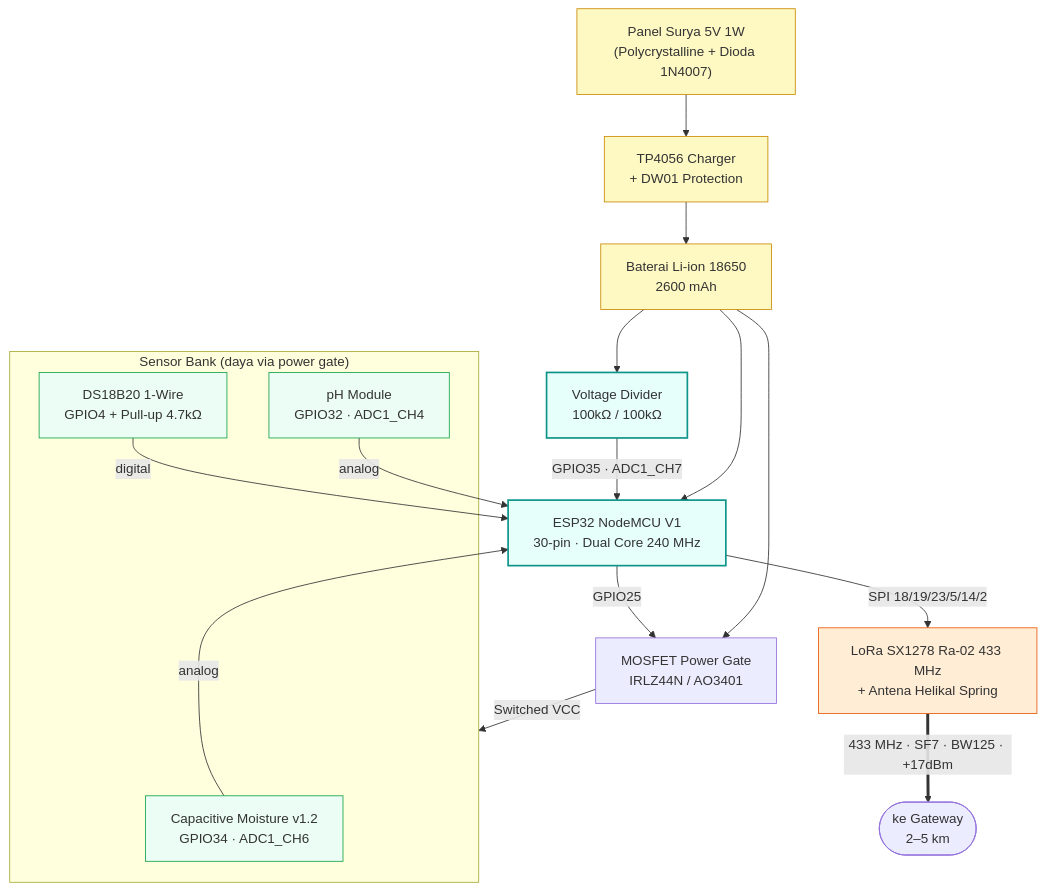
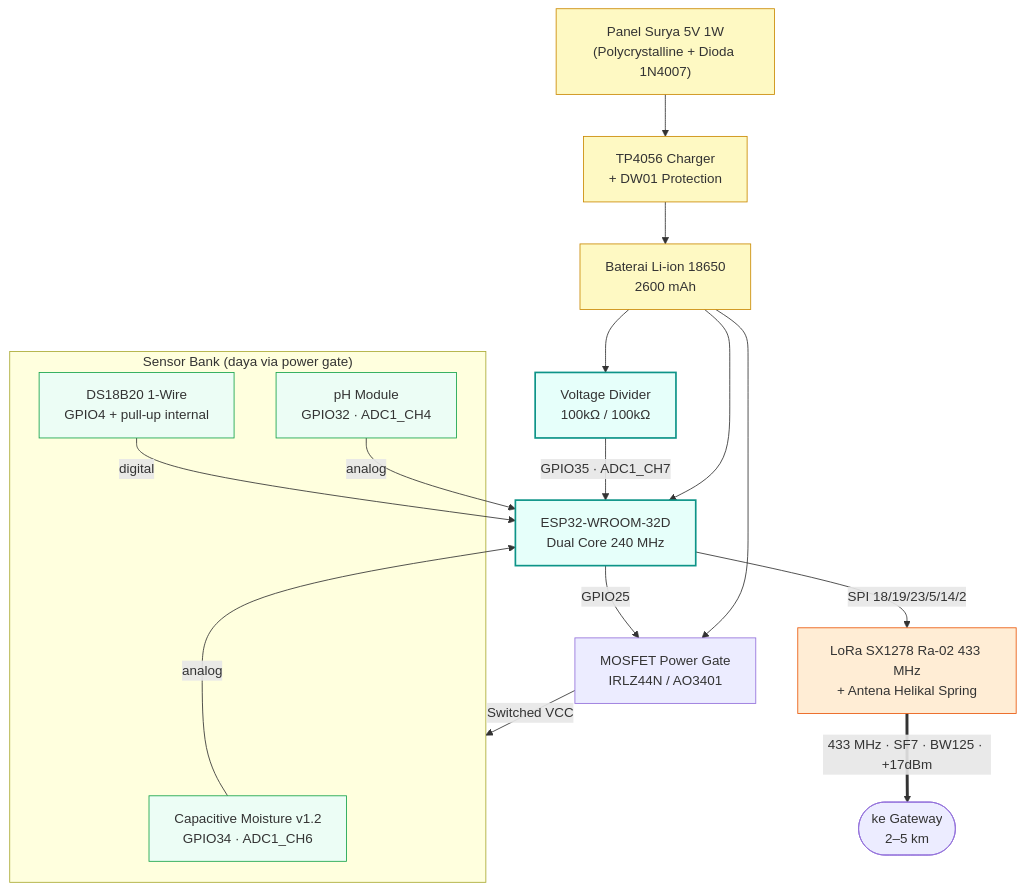
One commit to syifamojocanggih-hash/VolatiSafe-AIoT changed the eighth of 16 diagrams in docs/hardware/ARCHITECTURE_IOT.md. Above: the diagram before and after it, drawn with Mermaid. The commit also changed other lines of this file and 14 other files, not shown here.

First line of the commit message:
docs(iot): update hardware spec for ESP32-WROOM-32D and micro SD

````diff
--- a/docs/hardware/ARCHITECTURE_IOT.md
+++ b/docs/hardware/ARCHITECTURE_IOT.md
@@ -382,39 +382,39 @@
 ```mermaid
 flowchart TD
     SOLAR["Panel Surya 5V 1W<br/>(Polycrystalline + Dioda 1N4007)"]
     CHG["TP4056 Charger<br/>+ DW01 Protection"]
     BATT["Baterai Li-ion 18650<br/>2600 mAh"]
 
     SOLAR --> CHG --> BATT
 
-    BATT --> ESP["ESP32 NodeMCU V1<br/>30-pin · Dual Core 240 MHz"]
+    BATT --> ESP["ESP32-WROOM-32D<br/>Dual Core 240 MHz"]
     BATT --> MOSFET["MOSFET Power Gate<br/>IRLZ44N / AO3401"]
     BATT --> VDIV["Voltage Divider<br/>100kΩ / 100kΩ"]
 
     ESP -->|"GPIO25"| MOSFET
     MOSFET -->|"Switched VCC"| SENS
 
     subgraph SENS["Sensor Bank (daya via power gate)"]
         S1["Capacitive Moisture v1.2<br/>GPIO34 · ADC1_CH6"]
         S2["pH Module<br/>GPIO32 · ADC1_CH4"]
-        S3["DS18B20 1-Wire<br/>GPIO4 + Pull-up 4.7kΩ"]
+        S3["DS18B20 1-Wire<br/>GPIO4 + pull-up internal"]
     end
 
     S1 -->|"analog"| ESP
     S2 -->|"analog"| ESP
     S3 -->|"digital"| ESP
 
     VDIV -->|"GPIO35 · ADC1_CH7"| ESP
 
     ESP -->|"SPI 18/19/23/5/14/2"| LORA["LoRa SX1278 Ra-02 433 MHz<br/>+ Antena Helikal Spring"]
     LORA ==>|"433 MHz · SF7 · BW125 · +17dBm"| GW(["ke Gateway<br/>2–5 km"])
 
     classDef pwr fill:#FEF9C3,stroke:#CA8A04
     classDef mcu fill:#E6FFFA,stroke:#0D9488,stroke-width:2px
     classDef sensor fill:#ECFDF5,stroke:#16A34A
     classDef radio fill:#FFEDD5,stroke:#EA580C
     class SOLAR,CHG,BATT pwr
     class ESP,VDIV mcu
     class S1,S2,S3 sensor
     class LORA radio
 ```
````
